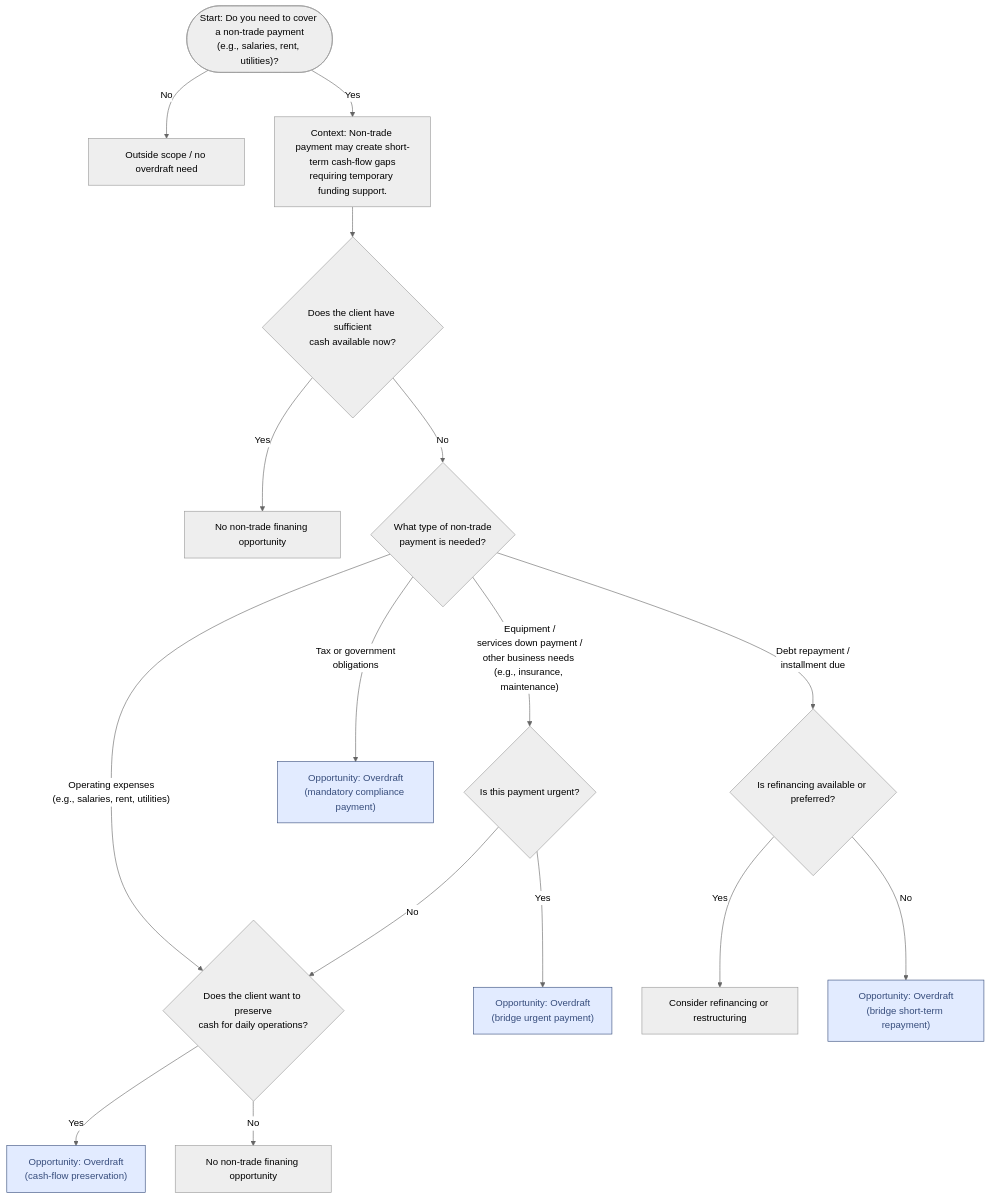
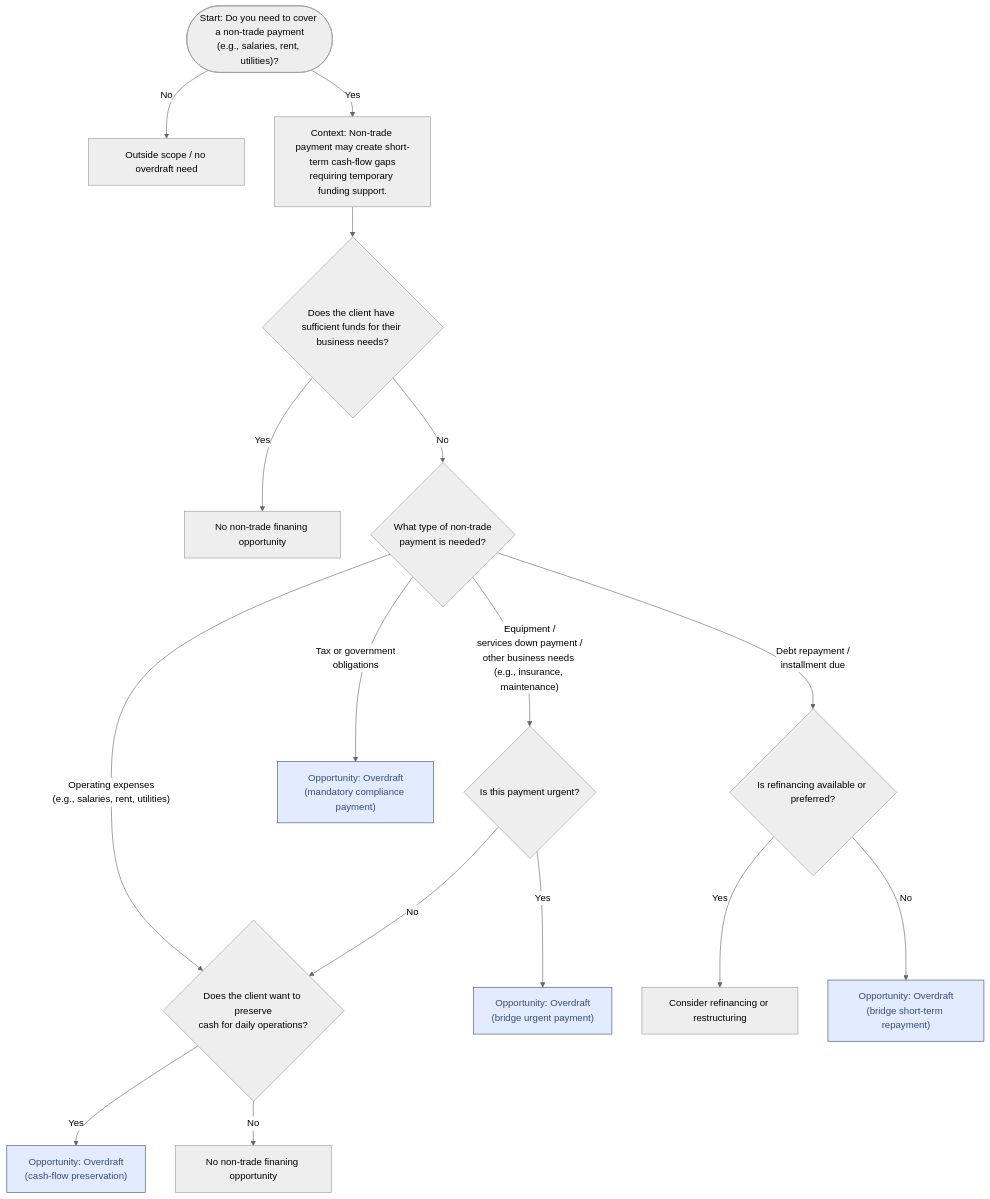
The diagram in tvc_decision_trees/loan_non_trade_tree.md/loan_non_trade_tree.md (sage-develop/why), drawn with Mermaid (neutral theme) before and after one commit.

````diff
--- a/tvc_decision_trees/loan_non_trade_tree.md/loan_non_trade_tree.md
+++ b/tvc_decision_trees/loan_non_trade_tree.md/loan_non_trade_tree.md
@@ -9,24 +9,24 @@
 ```mermaid
 flowchart TD
     Start(["Start: Do you need to cover a non-trade payment<br>(e.g., salaries, rent, utilities)?"]) -- No --> End0["Outside scope / no overdraft need"]
     Start -- Yes --> Context["Context: Non-trade payment may create short-term cash-flow gaps<br>requiring temporary funding support."]
-    Context --> Q1{"Does the client have sufficient<br>cash available now?"}
+    Context --> Q1{"Does the client have sufficient funds for their business needs?"}
     Q1 -- Yes --> End1["No non-trade finaning opportunity"]
     Q1 -- No --> Q2{"What type of non-trade<br>payment is needed?"}
     Q2 -- "Operating expenses<br>(e.g., salaries, rent, utilities)" --> Q4{"Does the client want to preserve<br>cash for daily operations?"}
     Q2 -- "Equipment /<br>services down payment /<br>other business needs <br>(e.g., insurance, maintenance)" --> Q3{"Is this payment urgent?"}
     Q2 -- Tax or government<br>obligations --> OD1["Opportunity: Overdraft<br>(mandatory compliance payment)"]
     Q2 -- Debt repayment /<br>installment due --> Q5{"Is refinancing available or preferred?"}
     Q3 -- Yes --> OD3["Opportunity: Overdraft<br>(bridge urgent payment)"]
     Q3 -- No --> Q4
     Q4 -- Yes --> OD2["Opportunity: Overdraft<br>(cash-flow preservation)"]
     Q4 -- No --> End2["No non-trade finaning opportunity"]
     Q5 -- Yes --> End3["Consider refinancing or restructuring"]
     Q5 -- No --> OD5["Opportunity: Overdraft<br>(bridge short-term repayment)"]
 
      OD1:::Sky
      OD3:::Sky
      OD2:::Sky
      OD5:::Sky
     classDef Sky stroke-width:1px, stroke-dasharray:none, stroke:#374D7C, fill:#E2EBFF, color:#374D7C
 ```
````
